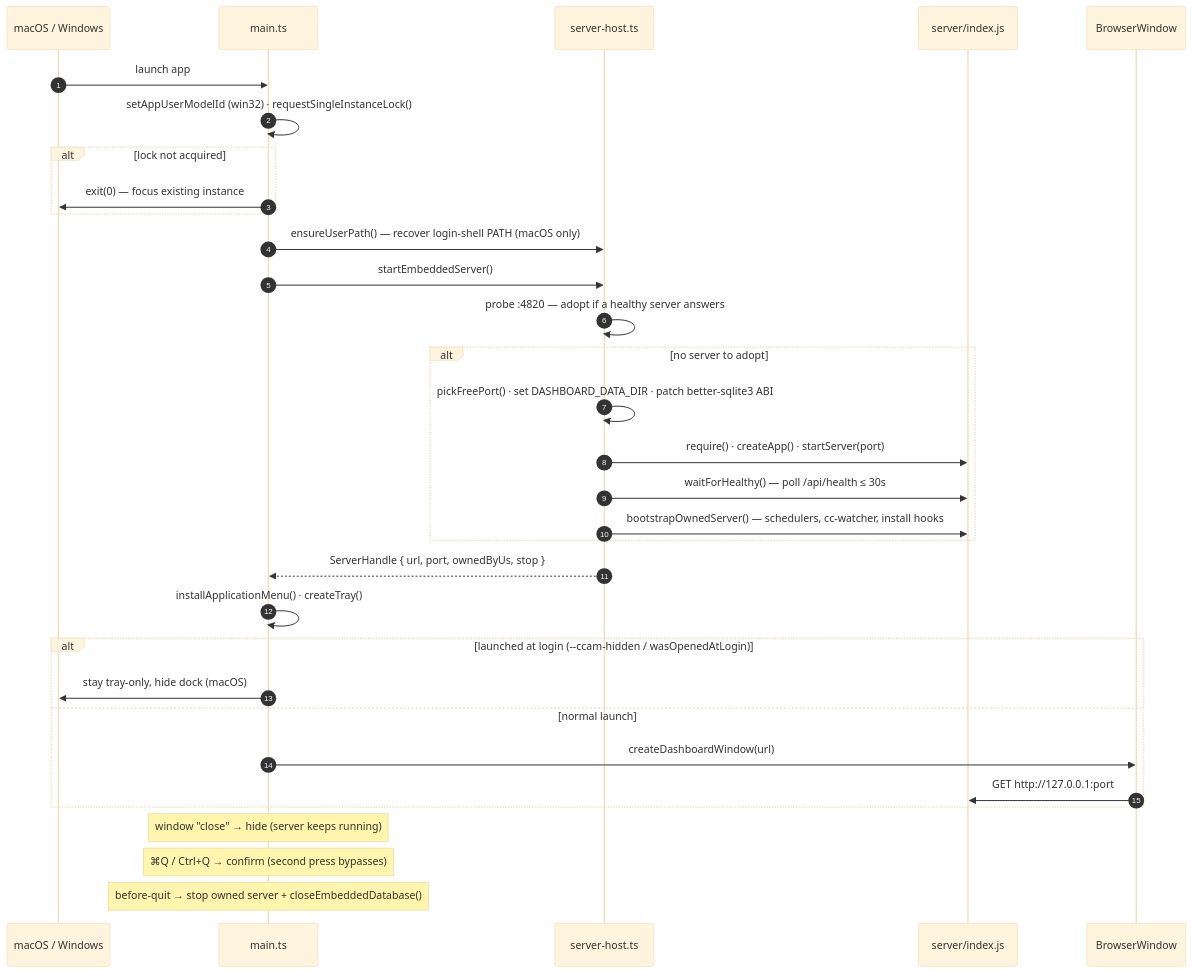
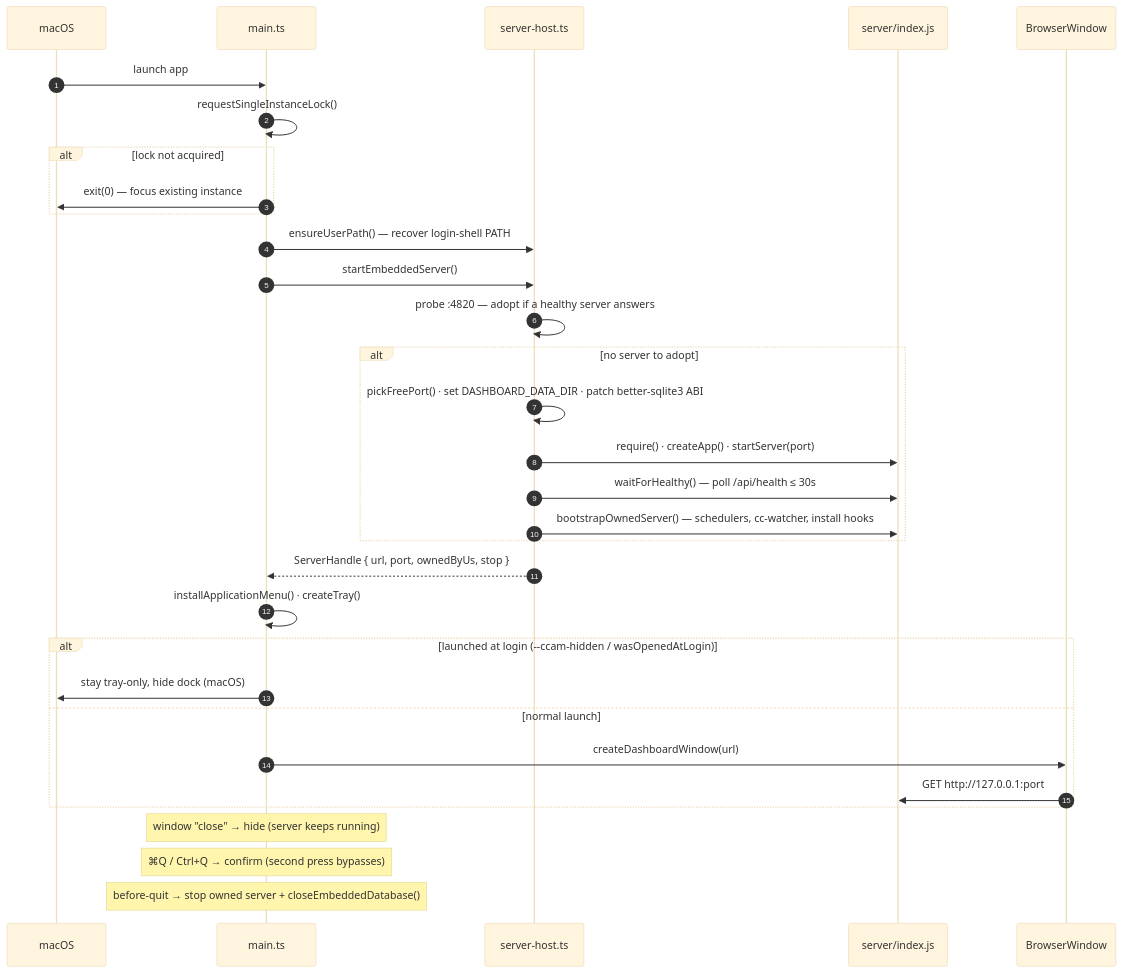
Diagram 36 of 45 in ARCHITECTURE.md (buluma/Code-Agent-Monitor), drawn with Mermaid (base theme) before and after one commit. The commit also changed other lines of this file and 27 other files, not shown here.

First line of the commit message:
feat(desktop): drop Windows support, macOS-only Electron app (#3)

````diff
--- a/ARCHITECTURE.md
+++ b/ARCHITECTURE.md
@@ -2462,35 +2459,35 @@
 ```mermaid
 sequenceDiagram
     autonumber
-    participant OS as macOS / Windows
+    participant OS as macOS
     participant Main as main.ts
     participant Host as server-host.ts
     participant Srv as server/index.js
     participant UI as BrowserWindow
 
     OS->>Main: launch app
-    Main->>Main: setAppUserModelId (win32) · requestSingleInstanceLock()
+    Main->>Main: requestSingleInstanceLock()
     alt lock not acquired
         Main->>OS: exit(0) — focus existing instance
     end
-    Main->>Host: ensureUserPath() — recover login-shell PATH (macOS only)
+    Main->>Host: ensureUserPath() — recover login-shell PATH
     Main->>Host: startEmbeddedServer()
     Host->>Host: probe :4820 — adopt if a healthy server answers
     alt no server to adopt
         Host->>Host: pickFreePort() · set DASHBOARD_DATA_DIR · patch better-sqlite3 ABI
         Host->>Srv: require() · createApp() · startServer(port)
         Host->>Srv: waitForHealthy() — poll /api/health ≤ 30s
         Host->>Srv: bootstrapOwnedServer() — schedulers, cc-watcher, install hooks
     end
     Host-->>Main: ServerHandle { url, port, ownedByUs, stop }
     Main->>Main: installApplicationMenu() · createTray()
     alt launched at login (--ccam-hidden / wasOpenedAtLogin)
         Main->>OS: stay tray-only, hide dock (macOS)
     else normal launch
         Main->>UI: createDashboardWindow(url)
         UI->>Srv: GET http://127.0.0.1:port
     end
     Note over Main: window "close" → hide (server keeps running)
     Note over Main: ⌘Q / Ctrl+Q → confirm (second press bypasses)
     Note over Main: before-quit → stop owned server + closeEmbeddedDatabase()
 ```
````
